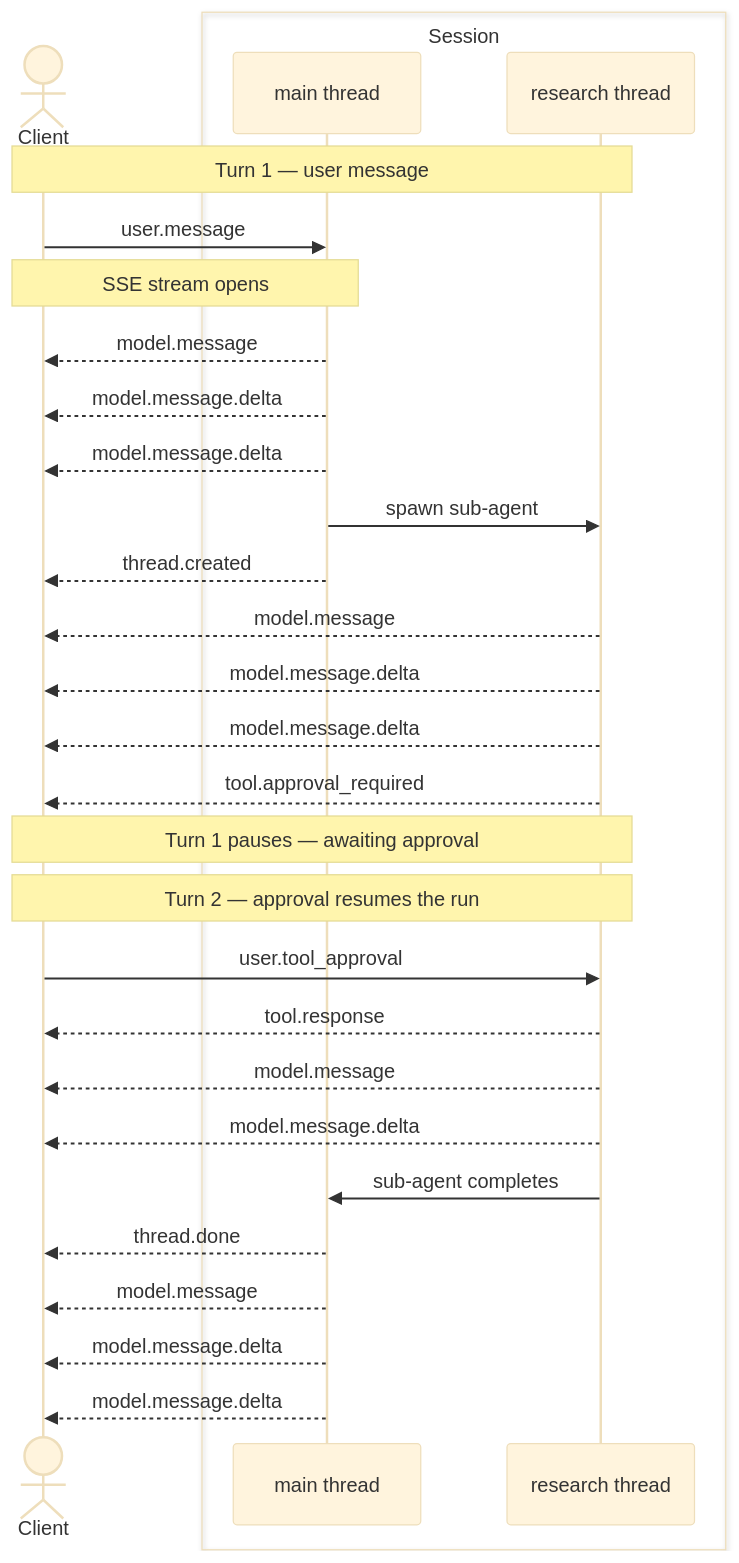
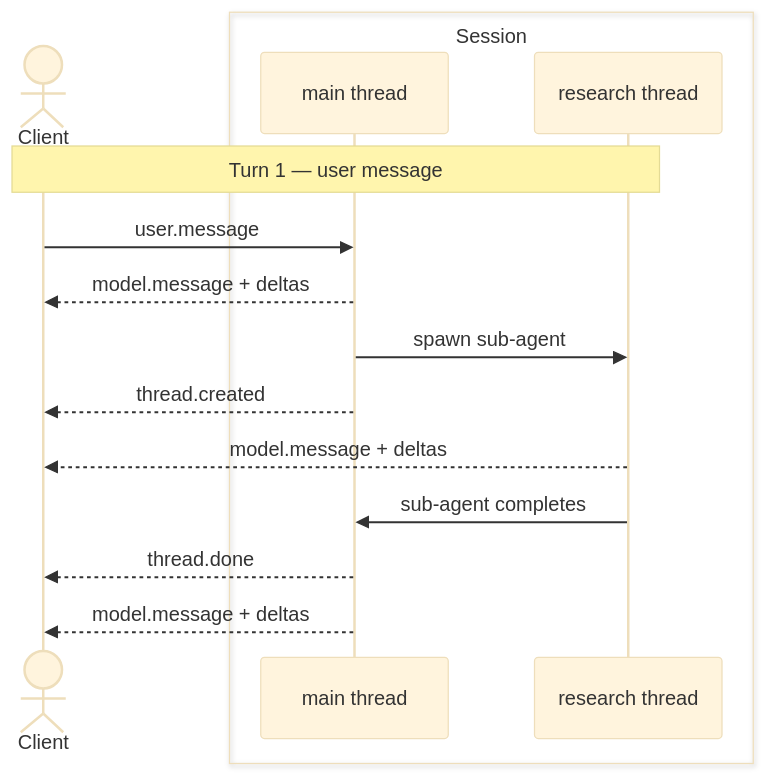
One commit to Aman-goel-04/trueforge changed the second of 2 diagrams in docs/api/use-agent.mdx. Above: the diagram before and after it, drawn with Mermaid (base theme). The commit also changed other lines of this file and 2 other files, not shown here.

````diff
--- a/docs/api/use-agent.mdx
+++ b/docs/api/use-agent.mdx
@@ -665,33 +500,18 @@
 ```mermaid
 sequenceDiagram
   actor Client
   box Session
     participant Main as main thread
     participant Research as research thread
   end
 
   Note over Client,Research: Turn 1 — user message
   Client->>Main: user.message
-  Note over Client,Main: SSE stream opens
-  Main-->>Client: model.message
-  Main-->>Client: model.message.delta
-  Main-->>Client: model.message.delta
+  Main-->>Client: model.message + deltas
   Main->>Research: spawn sub-agent
   Main-->>Client: thread.created
-  Research-->>Client: model.message
-  Research-->>Client: model.message.delta
-  Research-->>Client: model.message.delta
-  Research-->>Client: tool.approval_required
-  Note over Client,Research: Turn 1 pauses — awaiting approval
-
-  Note over Client,Research: Turn 2 — approval resumes the run
-  Client->>Research: user.tool_approval
-  Research-->>Client: tool.response
-  Research-->>Client: model.message
-  Research-->>Client: model.message.delta
+  Research-->>Client: model.message + deltas
   Research->>Main: sub-agent completes
   Main-->>Client: thread.done
-  Main-->>Client: model.message
-  Main-->>Client: model.message.delta
-  Main-->>Client: model.message.delta
+  Main-->>Client: model.message + deltas
 ```
````
